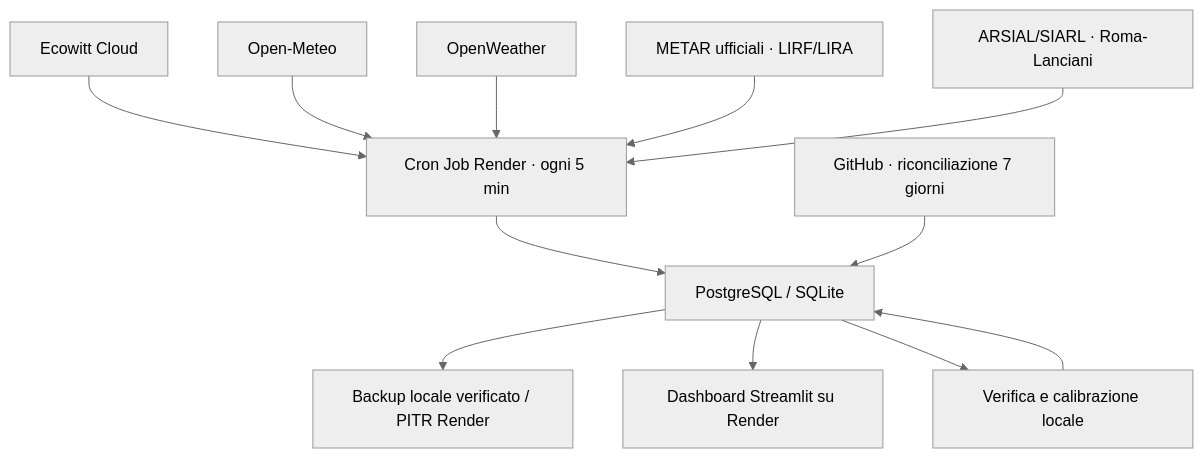
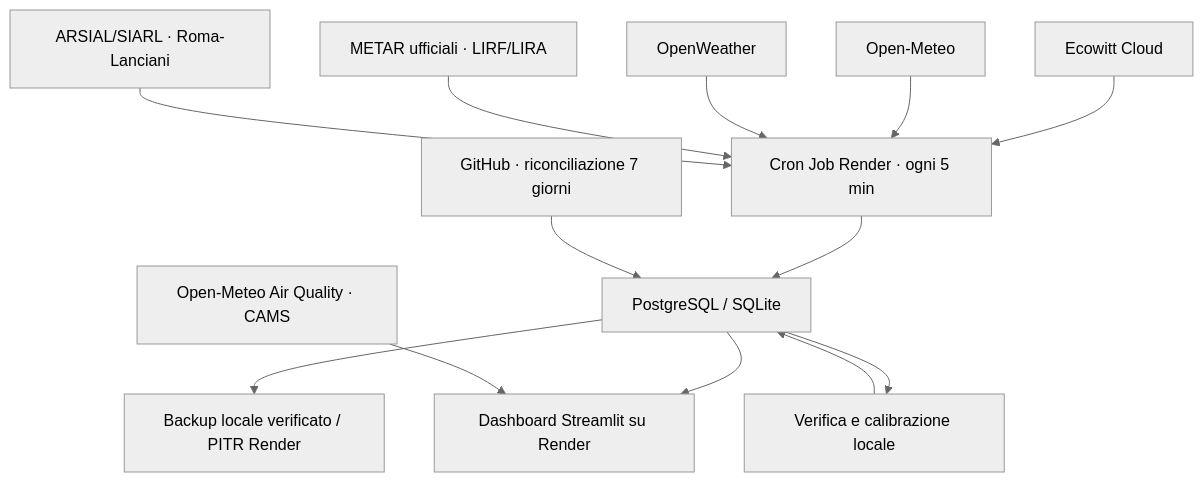
The diagram in README.md (gio9772rm/weather-app), drawn with Mermaid (neutral theme) before and after one commit. The commit also changed other lines of this file and 12 other files, not shown here.

````diff
--- a/README.md
+++ b/README.md
@@ -28,14 +33,15 @@
 ```mermaid
 flowchart TD
   E["Ecowitt Cloud"] --> P["Cron Job Render · ogni 5 min"]
   OM["Open-Meteo"] --> P
   OW["OpenWeather"] --> P
   METAR["METAR ufficiali · LIRF/LIRA"] --> P
   ARSIAL["ARSIAL/SIARL · Roma-Lanciani"] --> P
   P --> DB["PostgreSQL / SQLite"]
   GH["GitHub · riconciliazione 7 giorni"] --> DB
   DB --> BK["Backup locale verificato / PITR Render"]
   DB --> UI["Dashboard Streamlit su Render"]
+  AIR["Open-Meteo Air Quality · CAMS"] --> UI
   DB --> Q["Verifica e calibrazione locale"]
   Q --> DB
 ```
````
